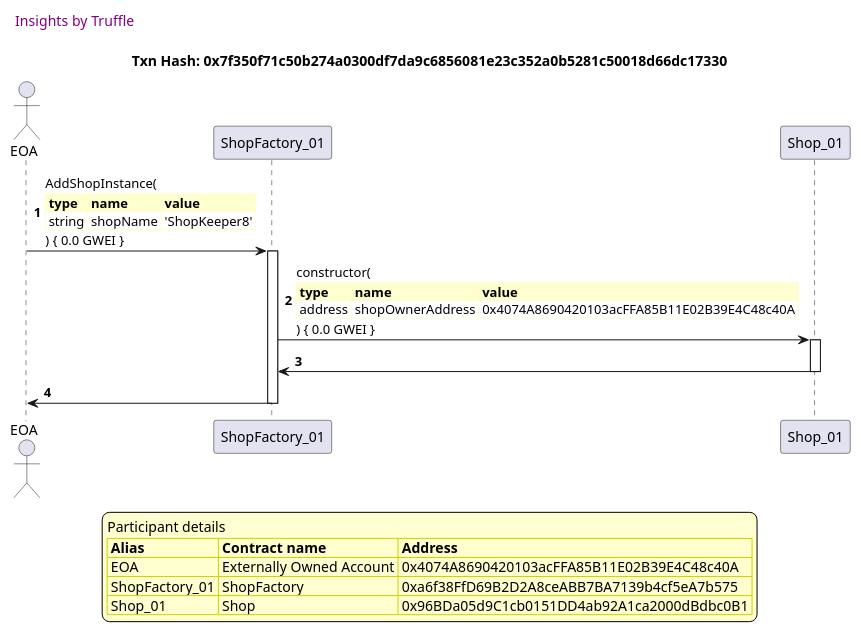
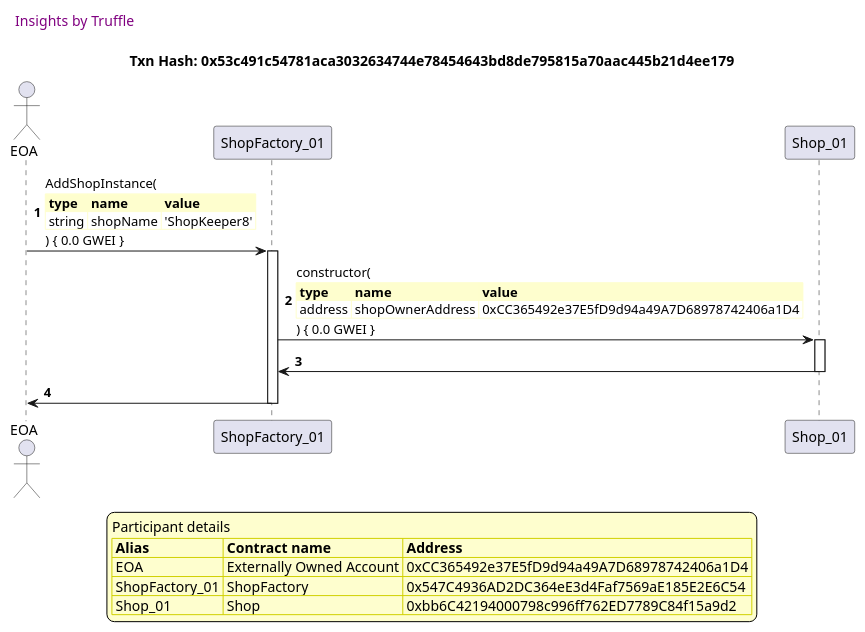
Diagram 15 of 58 in truffle-seq/Shop_test_shopfactory_manage_shop.md (thedarkjester/ConsensysAssignment), drawn with PlantUML before and after one commit. The commit also changed other lines of this file and 13 other files, not shown here.

````diff
--- a/truffle-seq/Shop_test_shopfactory_manage_shop.md
+++ b/truffle-seq/Shop_test_shopfactory_manage_shop.md
@@ -724,47 +724,47 @@
 ```plantuml
 
 
 @startuml
 
 autonumber
 skinparam legendBackgroundColor #FEFECE
 
 <style>
       header {
         HorizontalAlignment left
         FontColor purple
         FontSize 14
         Padding 10
       }
     </style>
 
 header Insights by Truffle
 
-title Txn Hash: 0x7f350f71c50b274a0300df7da9c6856081e23c352a0b5281c50018d66dc17330
+title Txn Hash: 0x53c491c54781aca3032634744e78454643bd8de795815a70aac445b21d4ee179
 
 
 actor EOA as "EOA"
 participant ShopFactory_01 as "ShopFactory_01"
 participant Shop_01 as "Shop_01"
 
 "EOA" -> "ShopFactory_01" ++: AddShopInstance(\n\
 <#FEFECE,#FEFECE>|= type |= name |= value |\n\
 | string | shopName | 'ShopKeeper8' |\n\
 ) { 0.0 GWEI }
 "ShopFactory_01" -> "Shop_01" ++: constructor(\n\
 <#FEFECE,#FEFECE>|= type |= name |= value |\n\
-| address | shopOwnerAddress | 0x4074A8690420103acFFA85B11E02B39E4C48c40A |\n\
+| address | shopOwnerAddress | 0xCC365492e37E5fD9d94a49A7D68978742406a1D4 |\n\
 ) { 0.0 GWEI }
 "Shop_01" -> "ShopFactory_01" --: 
 "ShopFactory_01" -> "EOA" --: 
 
 legend
 Participant details
 <#FEFECE,#D0D000>|= Alias |= Contract name |= Address |
-<#FEFECE>| EOA | Externally Owned Account | 0x4074A8690420103acFFA85B11E02B39E4C48c40A |
-<#FEFECE>| ShopFactory_01 | ShopFactory | 0xa6f38FfD69B2D2A8ceABB7BA7139b4cf5eA7b575 |
-<#FEFECE>| Shop_01 | Shop | 0x96BDa05d9C1cb0151DD4ab92A1ca2000dBdbc0B1 |
+<#FEFECE>| EOA | Externally Owned Account | 0xCC365492e37E5fD9d94a49A7D68978742406a1D4 |
+<#FEFECE>| ShopFactory_01 | ShopFactory | 0x547C4936AD2DC364eE3d4Faf7569aE185E2E6C54 |
+<#FEFECE>| Shop_01 | Shop | 0xbb6C42194000798c996ff762ED7789C84f15a9d2 |
 endlegend
 
 @enduml
 ```
````
